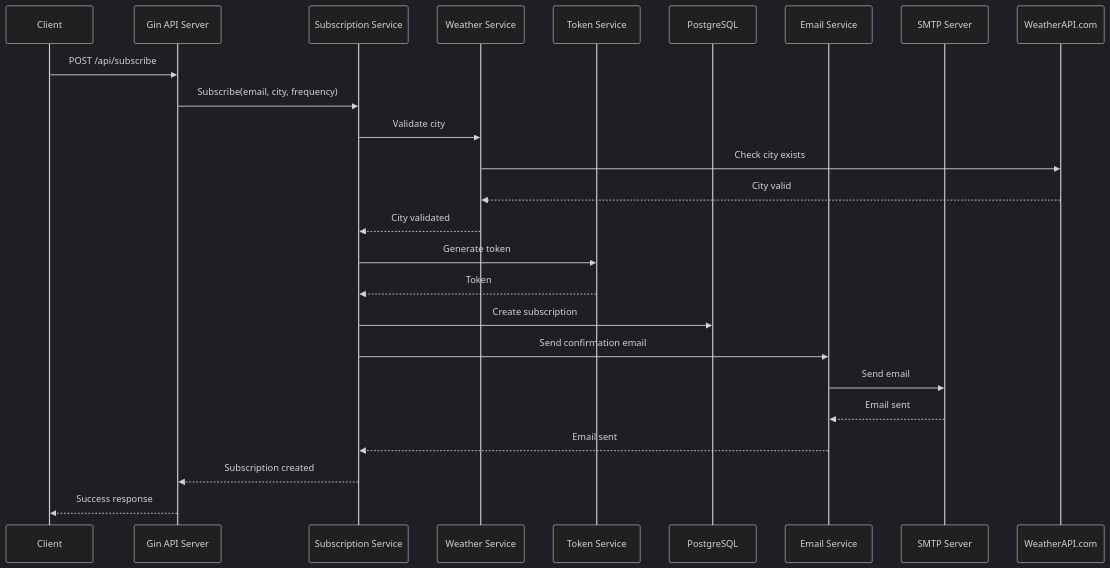
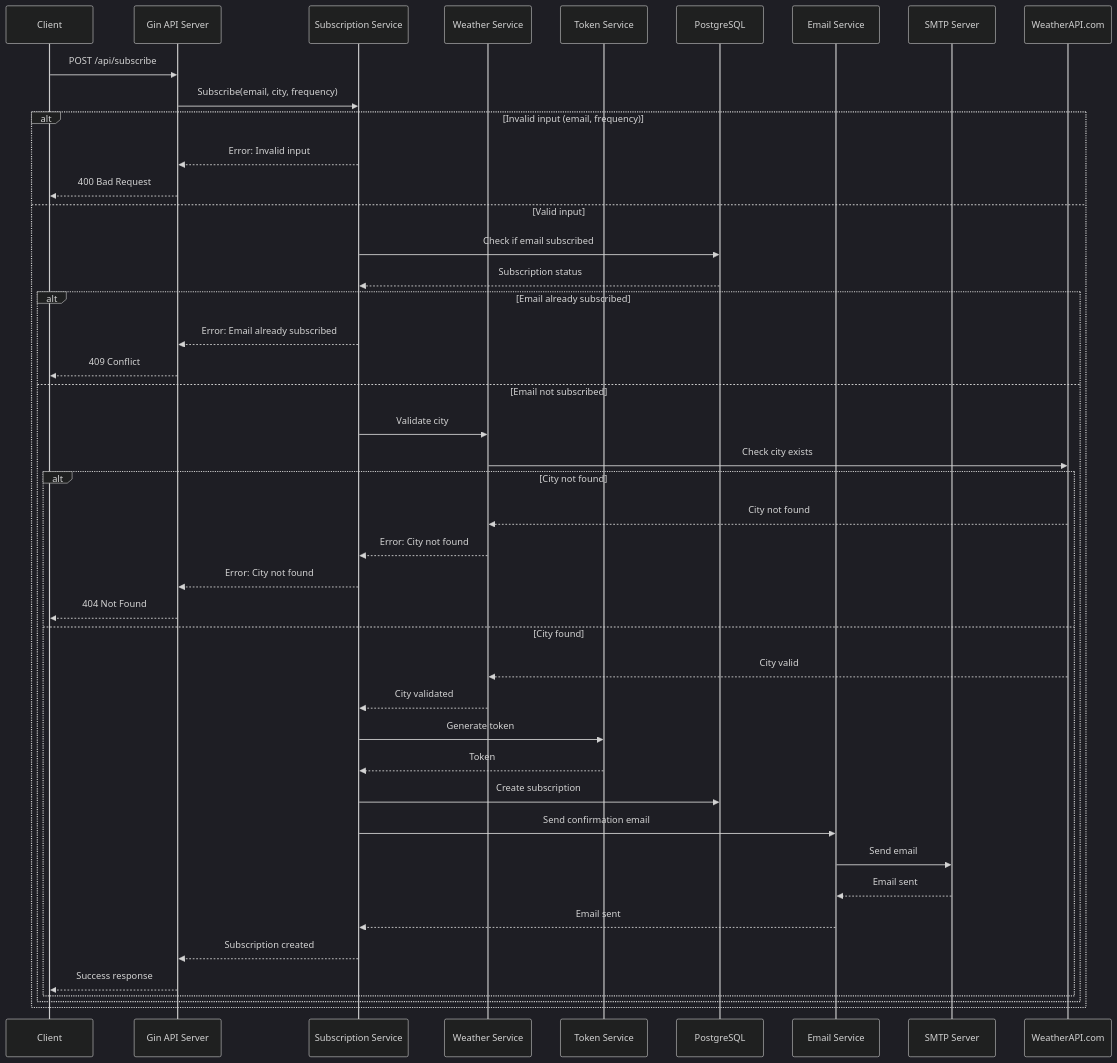
The third of 5 diagrams in docs/system-design.md (GenesisEducationKyiv/software-engineering-school-5-0-YuliiaAndreieva), drawn with Mermaid (dark theme) before and after one commit. The commit also changed other lines of this file, not shown here.

Commit message:
feat: updated diagrams in system design doc

````diff
--- a/docs/system-design.md
+++ b/docs/system-design.md
@@ -119,28 +125,52 @@
 ```mermaid
 sequenceDiagram
     participant Client
     participant API as Gin API Server
     participant SS as Subscription Service
     participant WS as Weather Service
     participant TS as Token Service
     participant DB as PostgreSQL
     participant ES as Email Service
     participant SMTP as SMTP Server
     participant WeatherAPI as WeatherAPI.com
 
     Client->>API: POST /api/subscribe
     API->>SS: Subscribe(email, city, frequency)
-    SS->>WS: Validate city
-    WS->>WeatherAPI: Check city exists
-    WeatherAPI-->>WS: City valid
-    WS-->>SS: City validated
-    SS->>TS: Generate token
-    TS-->>SS: Token
-    SS->>DB: Create subscription
-    SS->>ES: Send confirmation email
-    ES->>SMTP: Send email
-    SMTP-->>ES: Email sent
-    ES-->>SS: Email sent
-    SS-->>API: Subscription created
-    API-->>Client: Success response
+    
+    %% Input validation
+    alt Invalid input (email, frequency)
+        SS-->>API: Error: Invalid input
+        API-->>Client: 400 Bad Request
+    else Valid input
+        %% Check if subscription exists
+        SS->>DB: Check if email subscribed
+        DB-->>SS: Subscription status
+        
+        alt Email already subscribed
+            SS-->>API: Error: Email already subscribed
+            API-->>Client: 409 Conflict
+        else Email not subscribed
+            SS->>WS: Validate city
+            WS->>WeatherAPI: Check city exists
+            
+            alt City not found
+                WeatherAPI-->>WS: City not found
+                WS-->>SS: Error: City not found
+                SS-->>API: Error: City not found
+                API-->>Client: 404 Not Found
+            else City found
+                WeatherAPI-->>WS: City valid
+                WS-->>SS: City validated
+                SS->>TS: Generate token
+                TS-->>SS: Token
+                SS->>DB: Create subscription
+                SS->>ES: Send confirmation email
+                ES->>SMTP: Send email
+                SMTP-->>ES: Email sent
+                ES-->>SS: Email sent
+                SS-->>API: Subscription created
+                API-->>Client: Success response
+            end
+        end
+    end
 ```
````
